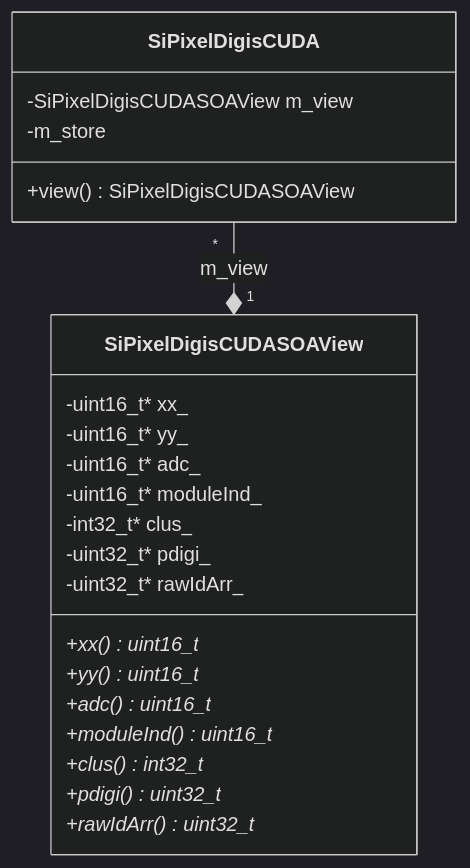
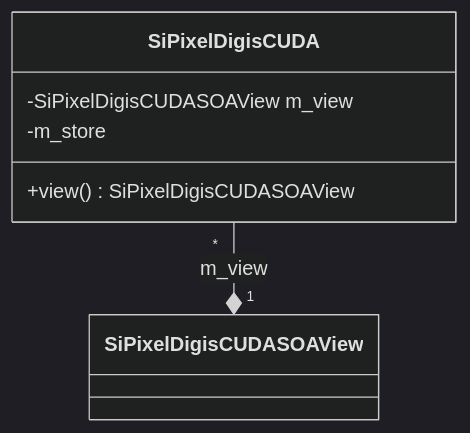
The diagram in docs/cmssw/gpu/SiPixelDigisCUDA.md (CMSTrackerDPG/cms-tkdpg-software-knowledge-transfer), drawn with Mermaid (dark theme) before and after one commit. The commit also changed other lines of this file, not shown here.

````diff
--- a/docs/cmssw/gpu/SiPixelDigisCUDA.md
+++ b/docs/cmssw/gpu/SiPixelDigisCUDA.md
@@ -15,28 +14,12 @@
 ```mermaid
 classDiagram
 class SiPixelDigisCUDA{
 	-SiPixelDigisCUDASOAView m_view
 	-m_store
 	+view() SiPixelDigisCUDASOAView
 }
 
-class SiPixelDigisCUDASOAView{
-		-uint16_t* xx_
-		-uint16_t* yy_		
-		-uint16_t* adc_		
-		-uint16_t* moduleInd_		
-		-int32_t* clus_				
-		-uint32_t* pdigi_
-		-uint32_t* rawIdArr_		
-		
-		+xx() uint16_t*
-		+yy() uint16_t*		
-		+adc() uint16_t*		
-		+moduleInd() uint16_t*		
-		+clus() int32_t*		
-		+pdigi() uint32_t*				
-		+rawIdArr() uint32_t*						
-}
+class SiPixelDigisCUDASOAView
 
 SiPixelDigisCUDA "*" --* "1" SiPixelDigisCUDASOAView : m_view
 ```
````
